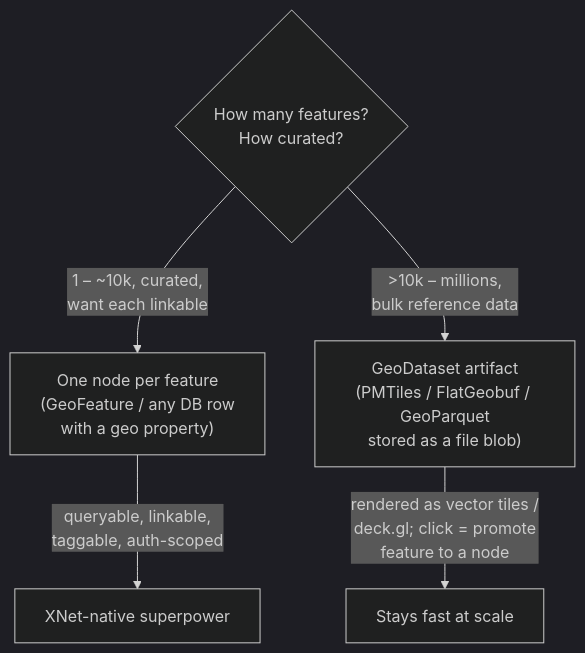
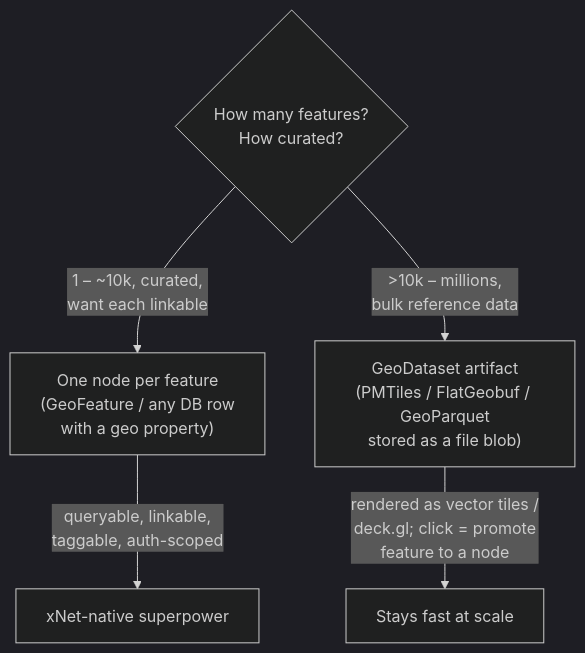
Before and after one commit to crs48/xNet: the second of 3 diagrams in docs/explorations/0187_[x]_MAPPING_AND_GEOSPATIAL_WORKSPACE.md, drawn with Mermaid (dark theme). The commit also changed other lines of this file and 32 other files, not shown here.

````diff
--- a/docs/explorations/0187_[x]_MAPPING_AND_GEOSPATIAL_WORKSPACE.md
+++ b/docs/explorations/0187_[x]_MAPPING_AND_GEOSPATIAL_WORKSPACE.md
@@ -335,8 +335,8 @@
 ```mermaid
 flowchart TD
   Q{"How many features?\nHow curated?"}
   Q -->|"1 – ~10k, curated,\nwant each linkable"| NODES["One node per feature\n(GeoFeature / any DB row\nwith a geo property)"]
   Q -->|">10k – millions,\nbulk reference data"| BLOB["GeoDataset artifact\n(PMTiles / FlatGeobuf / GeoParquet\nstored as a file blob)"]
-  NODES -->|"queryable, linkable,\ntaggable, auth-scoped"| WIN["XNet-native superpower"]
+  NODES -->|"queryable, linkable,\ntaggable, auth-scoped"| WIN["xNet-native superpower"]
   BLOB -->|"rendered as vector tiles /\ndeck.gl; click = promote\nfeature to a node"| FAST["Stays fast at scale"]
 ```
````
